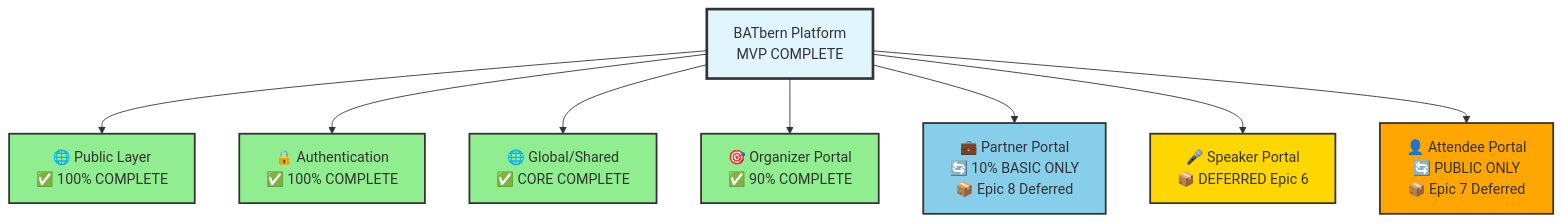
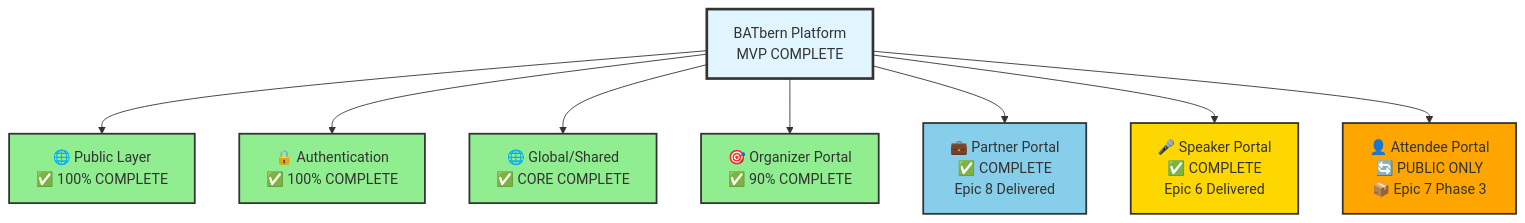
One commit to nissimbuchs/BATbern2 changed the first of 28 diagrams in docs/wireframes/sitemap-mermaid.md. Above: the diagram before and after it, drawn with Mermaid. The commit also changed other lines of this file and 20 other files, not shown here.

````diff
--- a/docs/wireframes/sitemap-mermaid.md
+++ b/docs/wireframes/sitemap-mermaid.md
@@ -30,21 +32,21 @@
 ```mermaid
 graph TB
     Root[BATbern Platform<br/>MVP COMPLETE]
 
     Root --> Public[🌐 Public Layer<br/>✅ 100% COMPLETE]
     Root --> Auth[🔒 Authentication<br/>✅ 100% COMPLETE]
     Root --> Global[🌐 Global/Shared<br/>✅ CORE COMPLETE]
     Root --> Organizer[🎯 Organizer Portal<br/>✅ 90% COMPLETE]
-    Root --> Partner[💼 Partner Portal<br/>🔄 10% BASIC ONLY<br/>📦 Epic 8 Deferred]
-    Root --> Speaker[🎤 Speaker Portal<br/>📦 DEFERRED Epic 6]
-    Root --> Attendee[👤 Attendee Portal<br/>🔄 PUBLIC ONLY<br/>📦 Epic 7 Deferred]
+    Root --> Partner[💼 Partner Portal<br/>✅ COMPLETE<br/>Epic 8 Delivered]
+    Root --> Speaker[🎤 Speaker Portal<br/>✅ COMPLETE<br/>Epic 6 Delivered]
+    Root --> Attendee[👤 Attendee Portal<br/>🔄 PUBLIC ONLY<br/>📦 Epic 7 Phase 3]
 
     style Root fill:#e1f5ff,stroke:#333,stroke-width:3px
     style Public fill:#90EE90,stroke:#333,stroke-width:2px
     style Auth fill:#90EE90,stroke:#333,stroke-width:2px
     style Global fill:#90EE90,stroke:#333,stroke-width:2px
     style Organizer fill:#90EE90,stroke:#333,stroke-width:2px
     style Partner fill:#87CEEB,stroke:#333,stroke-width:2px
     style Speaker fill:#FFD700,stroke:#333,stroke-width:2px
     style Attendee fill:#FFA500,stroke:#333,stroke-width:2px
 ```
````
